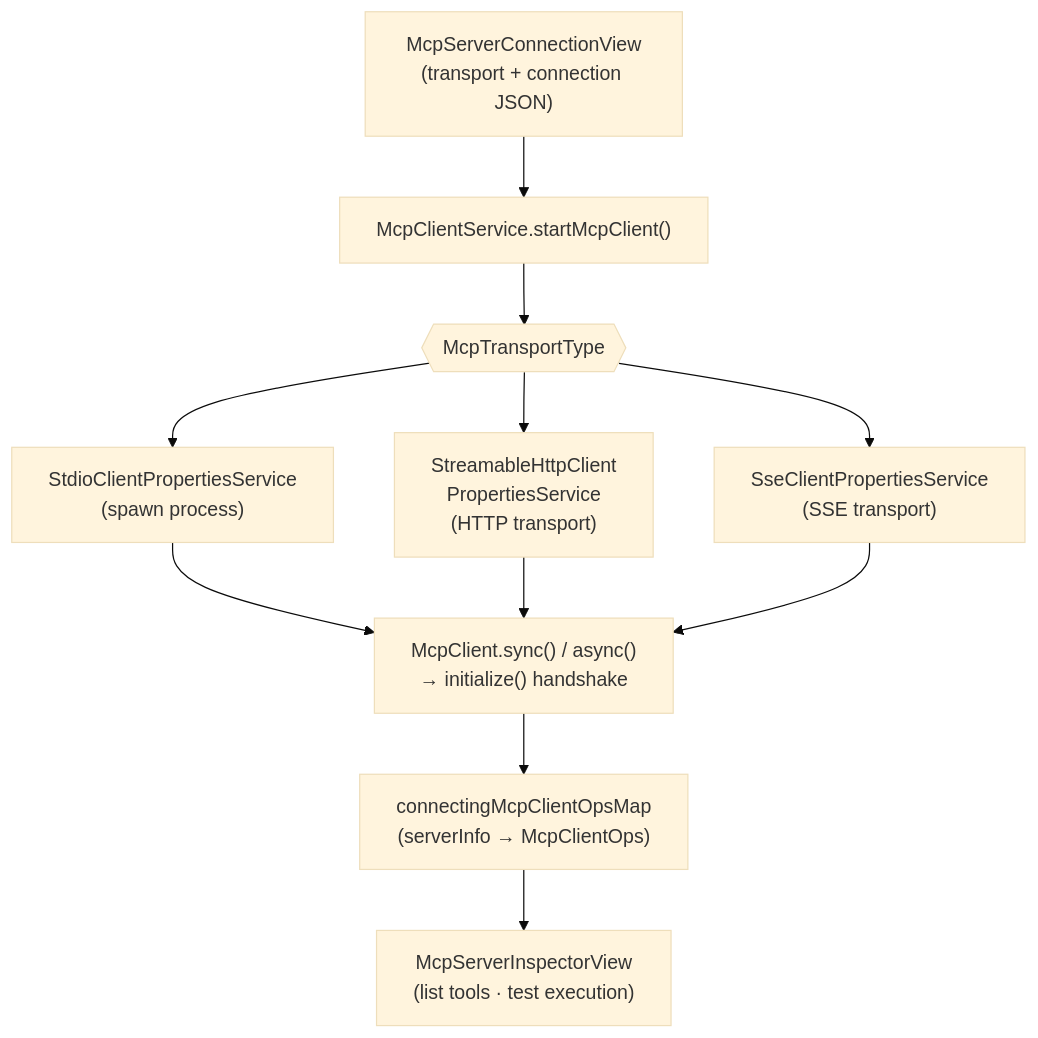
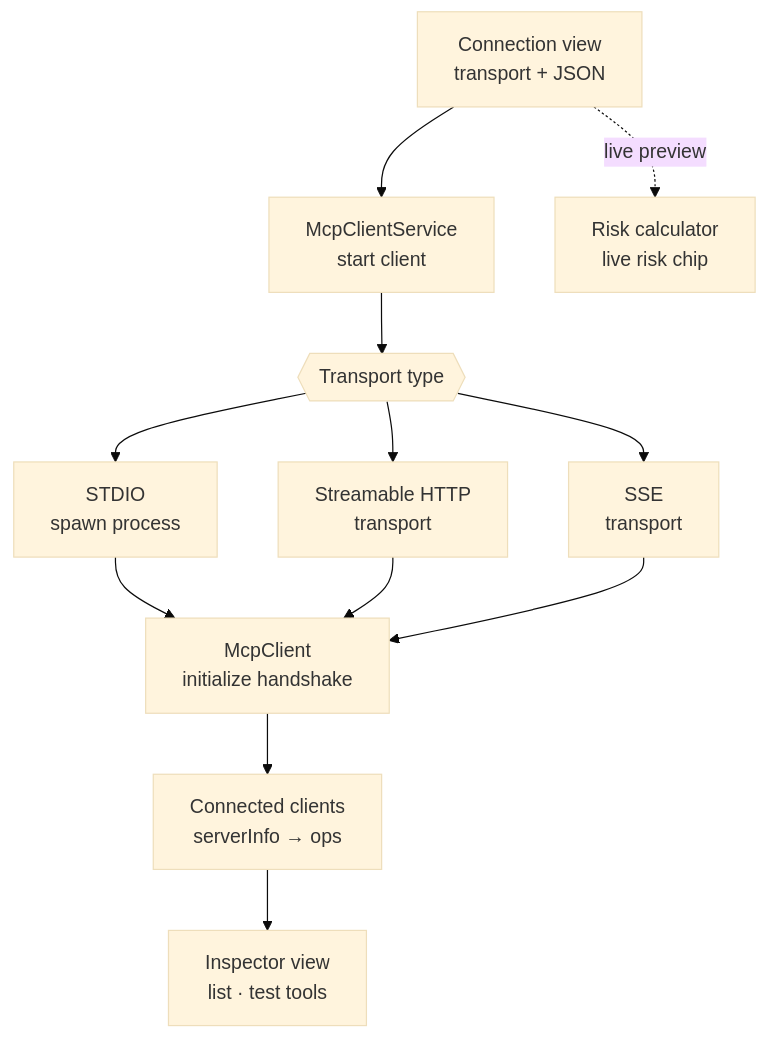
One commit to spring-ai-community/spring-ai-playground changed the fourth of 9 diagrams in docs/architecture.md. Above: the diagram before and after it, drawn with Mermaid (base theme). The commit also changed other lines of this file and 55 other files, not shown here.

Commit message:
docs: add human-in-the-loop pages, refresh architecture and catalog docs, document setup-time preset and exposure drawer

````diff
--- a/docs/architecture.md
+++ b/docs/architecture.md
@@ -165,19 +196,21 @@
 ```mermaid
 flowchart TB
-    FORM["McpServerConnectionView<br/>(transport + connection JSON)"]
-    START["McpClientService.startMcpClient()"]
-    MAP{{"McpTransportType"}}
-    STDIO["StdioClientPropertiesService<br/>(spawn process)"]
-    HTTP["StreamableHttpClient<br/>PropertiesService<br/>(HTTP transport)"]
-    SSE["SseClientPropertiesService<br/>(SSE transport)"]
-    INIT["McpClient.sync() / async()<br/>→ initialize() handshake"]
-    REG["connectingMcpClientOpsMap<br/>(serverInfo → McpClientOps)"]
-    INSP["McpServerInspectorView<br/>(list tools · test execution)"]
+    FORM["Connection view<br/>transport + JSON"]
+    START["McpClientService<br/>start client"]
+    MAP{{"Transport type"}}
+    STDIO["STDIO<br/>spawn process"]
+    HTTP["Streamable HTTP<br/>transport"]
+    SSE["SSE<br/>transport"]
+    INIT["McpClient<br/>initialize handshake"]
+    REG["Connected clients<br/>serverInfo → ops"]
+    INSP["Inspector view<br/>list · test tools"]
+    RISK["Risk calculator<br/>live risk chip"]
 
+    FORM -.->|live preview| RISK
     FORM --> START
     START --> MAP
     MAP --> STDIO & HTTP & SSE
     STDIO & HTTP & SSE --> INIT
     INIT --> REG
     REG --> INSP
 ```
````
